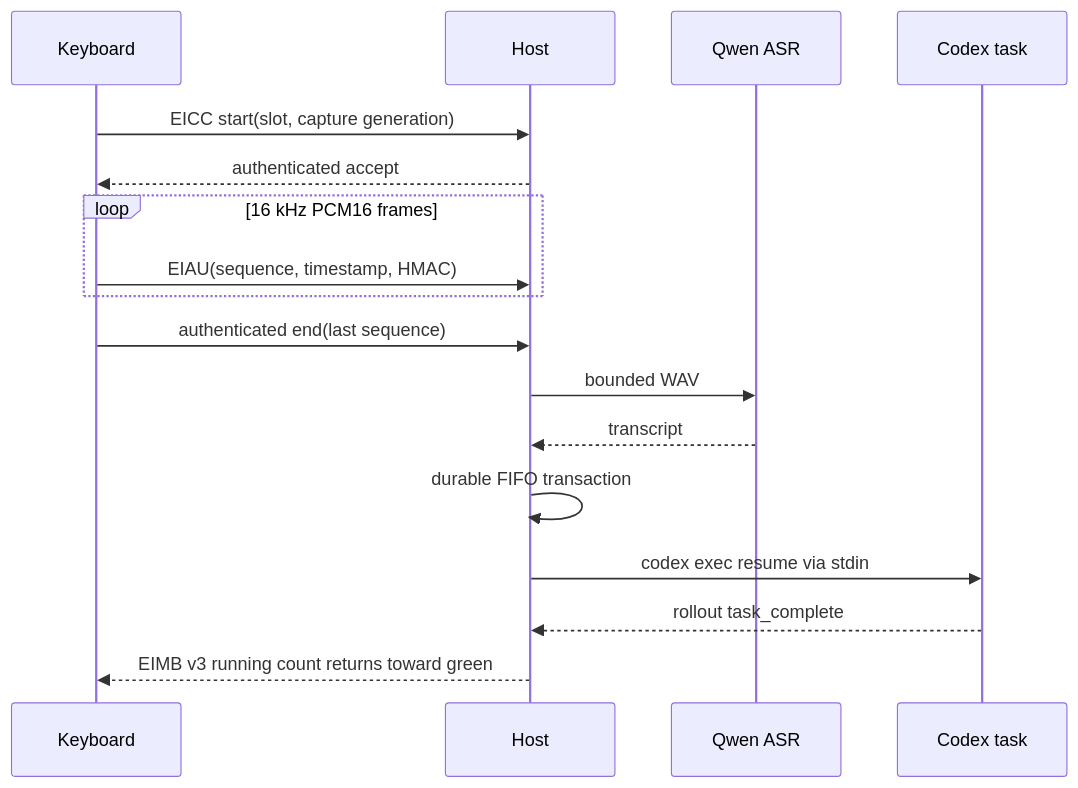
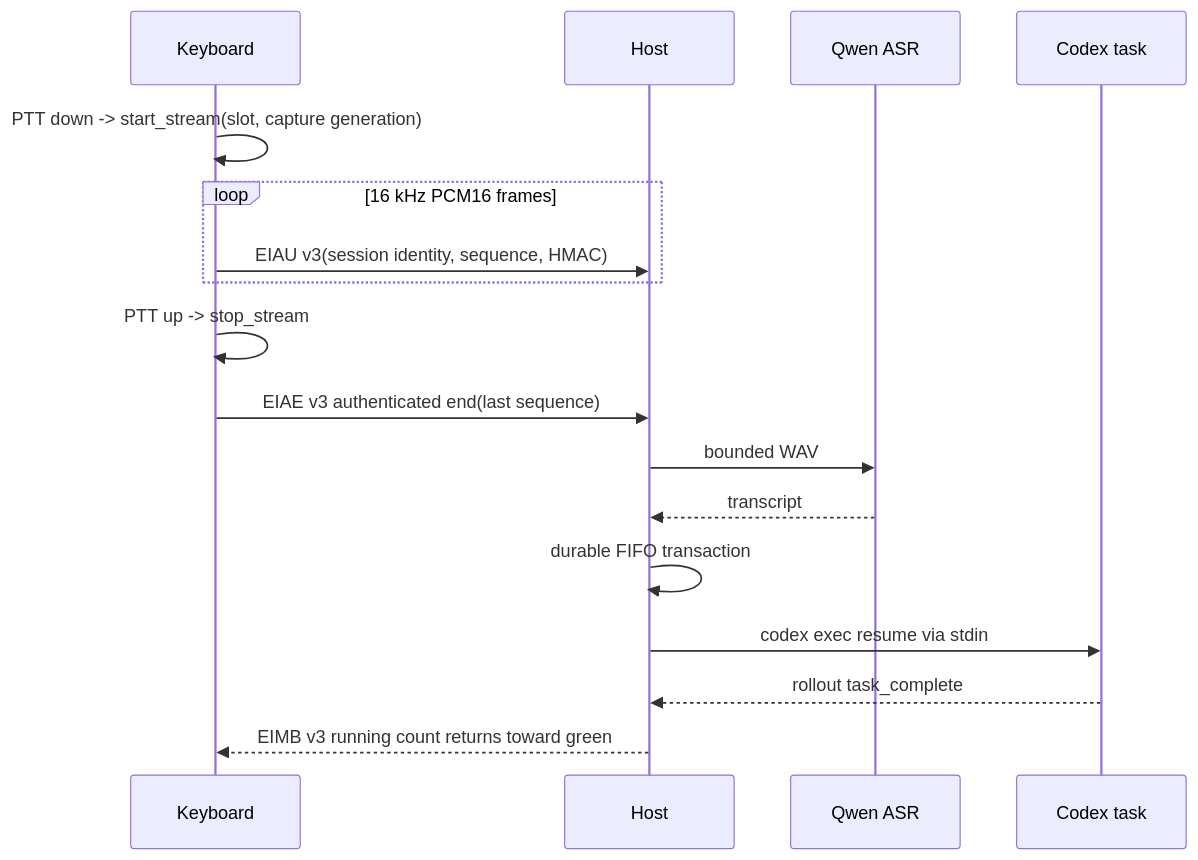
One commit to Larkspur-Wang/Codex_Keyboard changed the second of 3 diagrams in docs/端到端架构.md. Above: the diagram before and after it, drawn with Mermaid. The commit also changed other lines of this file and 87 other files, not shown here.

````diff
--- a/docs/端到端架构.md
+++ b/docs/端到端架构.md
@@ -41,20 +41,20 @@
 ```mermaid
 sequenceDiagram
     participant K as Keyboard
     participant H as Host
     participant A as Qwen ASR
     participant C as Codex task
 
-    K->>H: EICC start(slot, capture generation)
-    H-->>K: authenticated accept
+    K->>K: PTT down -> start_stream(slot, capture generation)
     loop 16 kHz PCM16 frames
-        K->>H: EIAU(sequence, timestamp, HMAC)
+        K->>H: EIAU v3(session identity, sequence, HMAC)
     end
-    K->>H: authenticated end(last sequence)
+    K->>K: PTT up -> stop_stream
+    K->>H: EIAE v3 authenticated end(last sequence)
     H->>A: bounded WAV
     A-->>H: transcript
     H->>H: durable FIFO transaction
     H->>C: codex exec resume via stdin
     C-->>H: rollout task_complete
     H-->>K: EIMB v3 running count returns toward green
 ```
````
